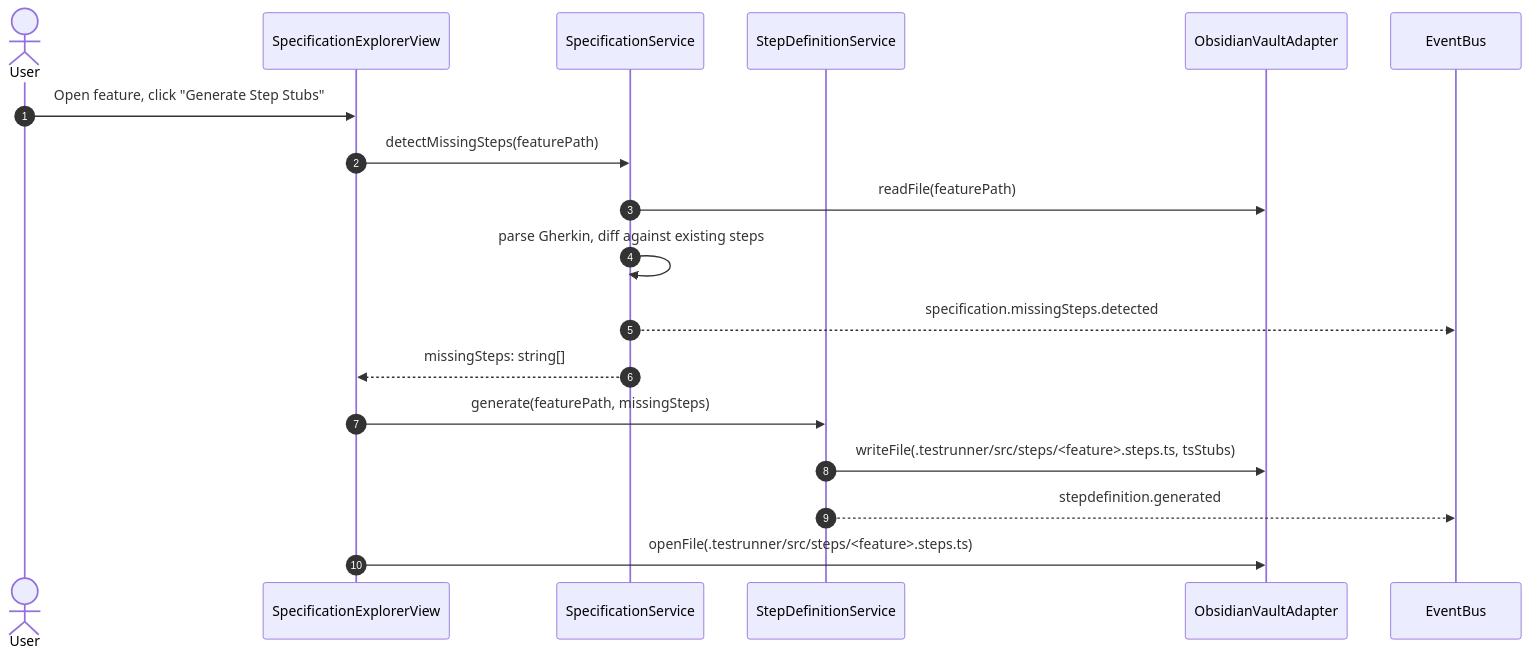
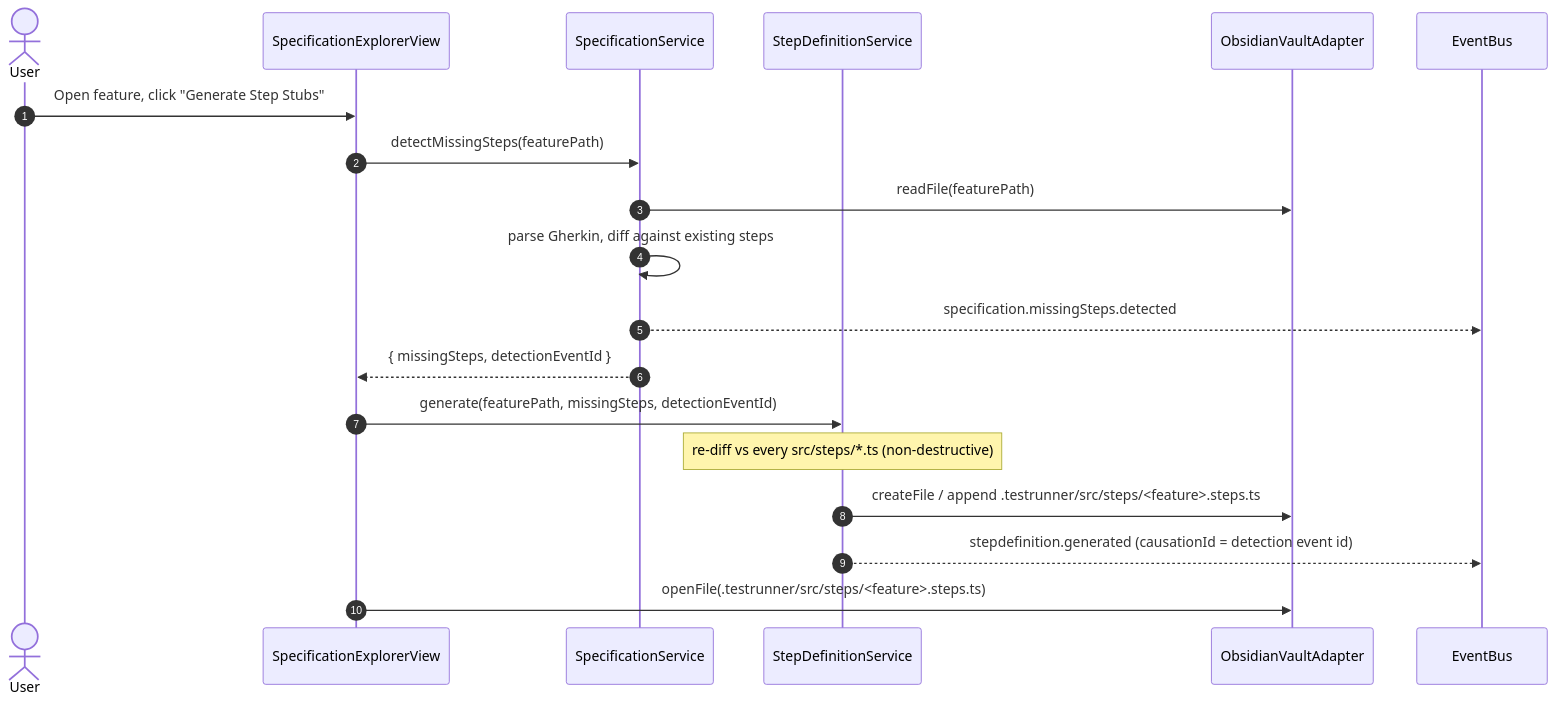
One commit to Luis85/specorator-testrunner changed the fourth of 8 diagrams in docs/architecture/Runtime View.md. Above: the diagram before and after it, drawn with Mermaid. The commit also changed other lines of this file and 3 other files, not shown here.

First line of the commit message:
docs(arch): mark RV-4 / step-definition flow implemented (P2-5)

````diff
--- a/docs/architecture/Runtime View.md
+++ b/docs/architecture/Runtime View.md
@@ -163,21 +165,22 @@
 ```mermaid
 sequenceDiagram
     autonumber
     actor U as User
     participant V as SpecificationExplorerView
     participant Spec as SpecificationService
     participant Step as StepDefinitionService
     participant Vault as ObsidianVaultAdapter
     participant Bus as EventBus
 
     U->>V: Open feature, click "Generate Step Stubs"
     V->>Spec: detectMissingSteps(featurePath)
     Spec->>Vault: readFile(featurePath)
     Spec->>Spec: parse Gherkin, diff against existing steps
     Spec-->>Bus: specification.missingSteps.detected
-    Spec-->>V: missingSteps: string[]
-    V->>Step: generate(featurePath, missingSteps)
-    Step->>Vault: writeFile(.testrunner/src/steps/<feature>.steps.ts, tsStubs)
-    Step-->>Bus: stepdefinition.generated
+    Spec-->>V: { missingSteps, detectionEventId }
+    V->>Step: generate(featurePath, missingSteps, detectionEventId)
+    Note over Step: re-diff vs every src/steps/*.ts (non-destructive)
+    Step->>Vault: createFile / append .testrunner/src/steps/<feature>.steps.ts
+    Step-->>Bus: stepdefinition.generated (causationId = detection event id)
     V->>Vault: openFile(.testrunner/src/steps/<feature>.steps.ts)
 ```
````
